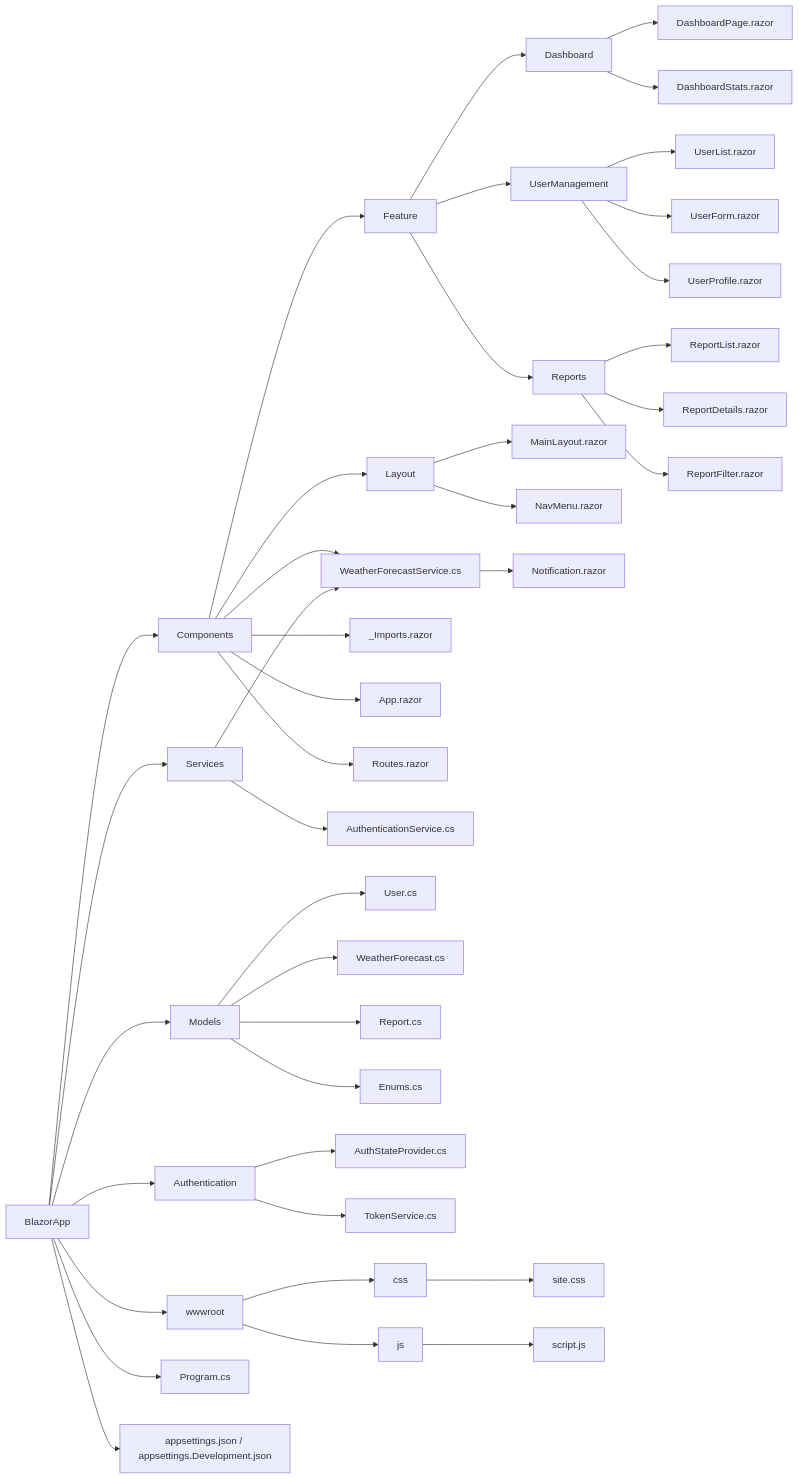
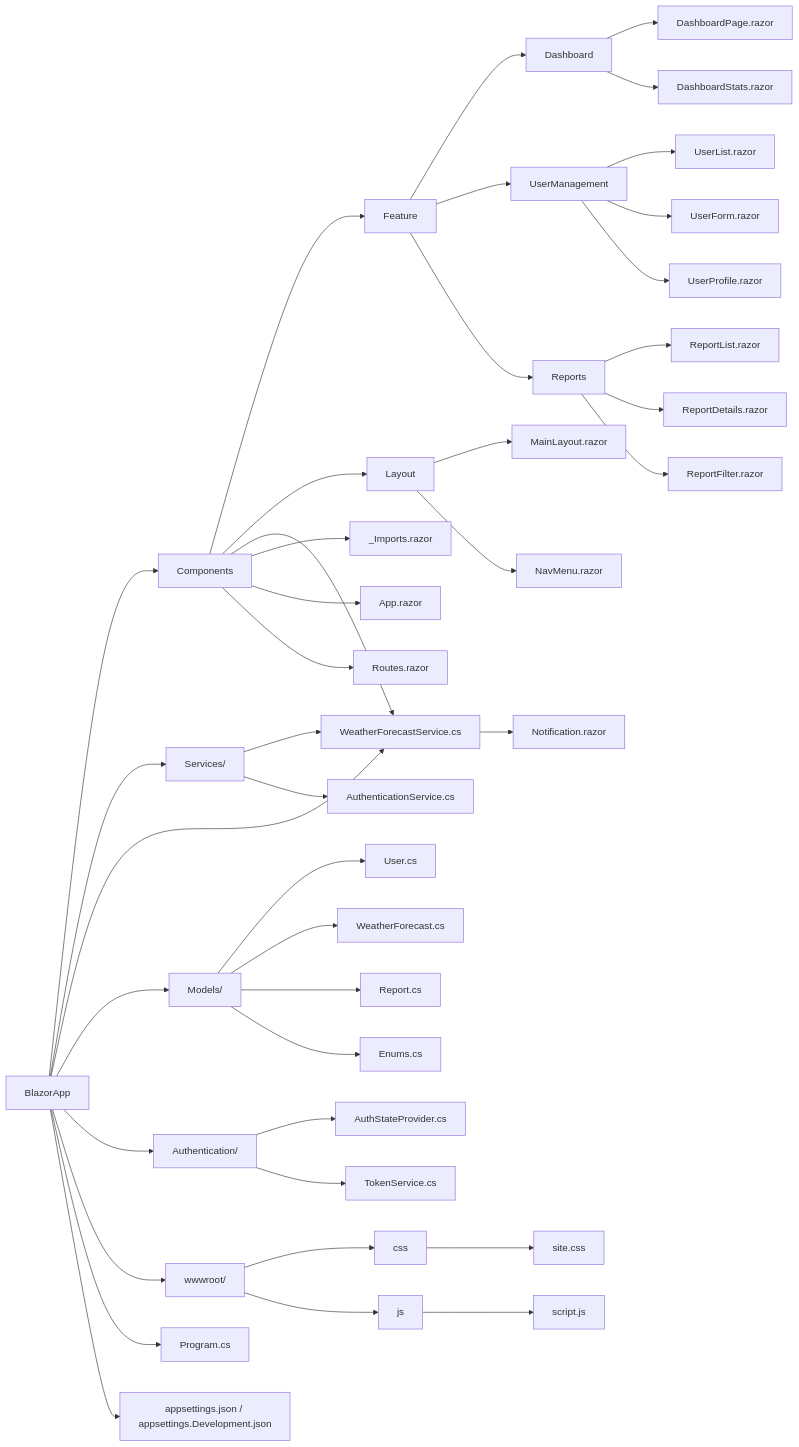
One commit to uwspstar/20-Day-Challenge-List changed the diagram in C#/Blazor/Basic/Blazor file structure.md. Above: the diagram before and after it, drawn with Mermaid.

Commit message:
Update Blazor file structure.md

````diff
--- a/C#/Blazor/Basic/Blazor file structure.md
+++ b/C#/Blazor/Basic/Blazor file structure.md
@@ -224,47 +224,48 @@
 ```mermaid
 graph LR
     A[BlazorApp] --> B[Components]
-    A --> S[Services]
-    A --> M[Models]
-    A --> AU[Authentication]
-    A --> W[wwwroot]
+    A --> S[Services/]
+    A --> S1[Shared/]
+    A --> M[Models/]
+    A --> AU[Authentication/]
+    A --> W[wwwroot/]
     A --> P[Program.cs]
     A --> AppSettings[appsettings.json / appsettings.Development.json]
 
     B --> F[Feature]
     F --> F1[Dashboard]
     F1 --> F11[DashboardPage.razor]
     F1 --> F12[DashboardStats.razor]
     F --> F2[UserManagement]
     F2 --> F21[UserList.razor]
     F2 --> F22[UserForm.razor]
     F2 --> F23[UserProfile.razor]
     F --> F3[Reports]
     F3 --> F31[ReportList.razor]
     F3 --> F32[ReportDetails.razor]
     F3 --> F33[ReportFilter.razor]
     B --> L[Layout]
     L --> L1[MainLayout.razor]
     L --> L2[NavMenu.razor]
     B --> S1[Shared]
     S1 --> S11[Notification.razor]
     B --> Import[_Imports.razor]
     B --> App[App.razor]
     B --> Routes[Routes.razor]
 
     S --> S1[WeatherForecastService.cs]
     S --> S2[AuthenticationService.cs]
 
     M --> M1[User.cs]
     M --> M2[WeatherForecast.cs]
     M --> M3[Report.cs]
     M --> M4[Enums.cs]
 
     AU --> AU1[AuthStateProvider.cs]
     AU --> AU2[TokenService.cs]
 
     W --> WC[css]
     WC --> WC1[site.css]
     W --> WJ[js]
     WJ --> WJ1[script.js]
 ```
````
